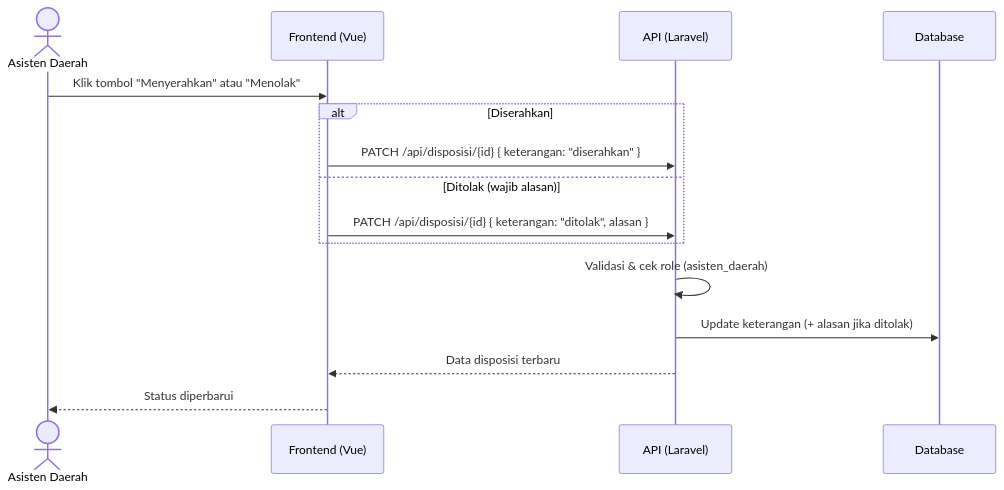
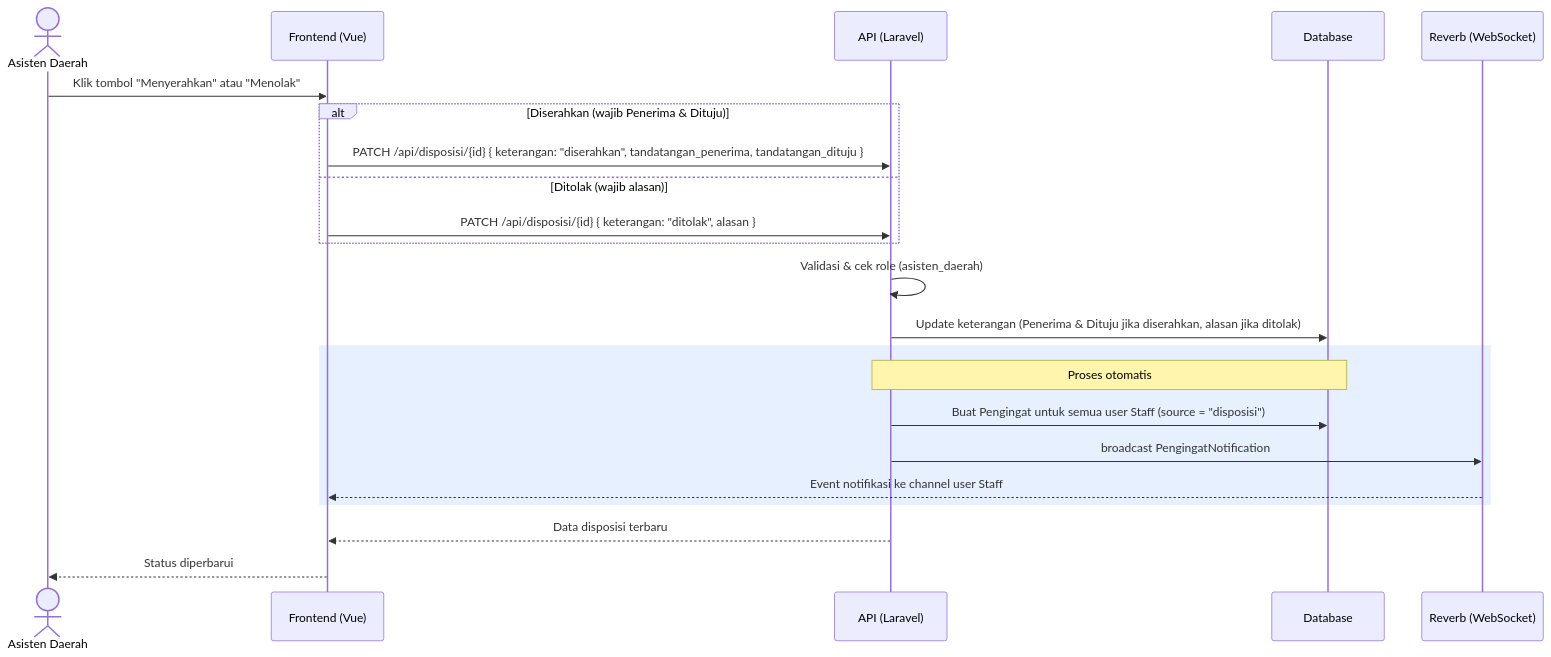
The sixth of 16 diagrams in laravel-vue-mvc/docs/UML_Documentation.md (cisnatinnov/SI_Pengelolaan_Data_Agenda), drawn with Mermaid before and after one commit. The commit also changed other lines of this file and 37 other files, not shown here.

Commit message:
Refactor user interface styles in Pengguna, Pengingat, and Surat views; update role permissions for Disposisi API; enhance Disposisi tests to reflect new role restrictions and notification logic; revise documentation for clarity on role capabilities and API behavior.

````diff
--- a/laravel-vue-mvc/docs/UML_Documentation.md
+++ b/laravel-vue-mvc/docs/UML_Documentation.md
@@ -241,19 +242,28 @@
 ```mermaid
 sequenceDiagram
     actor Asisten as Asisten Daerah
     participant UI as Frontend (Vue)
     participant API as API (Laravel)
     participant DB as Database
+    participant WS as Reverb (WebSocket)
 
     Asisten->>UI: Klik tombol "Menyerahkan" atau "Menolak"
-    alt Diserahkan
-        UI->>API: PATCH /api/disposisi/{id} { keterangan: "diserahkan" }
+    alt Diserahkan (wajib Penerima & Dituju)
+        UI->>API: PATCH /api/disposisi/{id} { keterangan: "diserahkan", tandatangan_penerima, tandatangan_dituju }
     else Ditolak (wajib alasan)
         UI->>API: PATCH /api/disposisi/{id} { keterangan: "ditolak", alasan }
     end
 
     API->>API: Validasi & cek role (asisten_daerah)
-    API->>DB: Update keterangan (+ alasan jika ditolak)
+    API->>DB: Update keterangan (Penerima & Dituju jika diserahkan, alasan jika ditolak)
+
+    rect rgb(230, 240, 255)
+        Note over API,DB: Proses otomatis
+        API->>DB: Buat Pengingat untuk semua user Staff (source = "disposisi")
+        API->>WS: broadcast PengingatNotification
+        WS-->>UI: Event notifikasi ke channel user Staff
+    end
+
     API-->>UI: Data disposisi terbaru
     UI-->>Asisten: Status diperbarui
 ```
````
